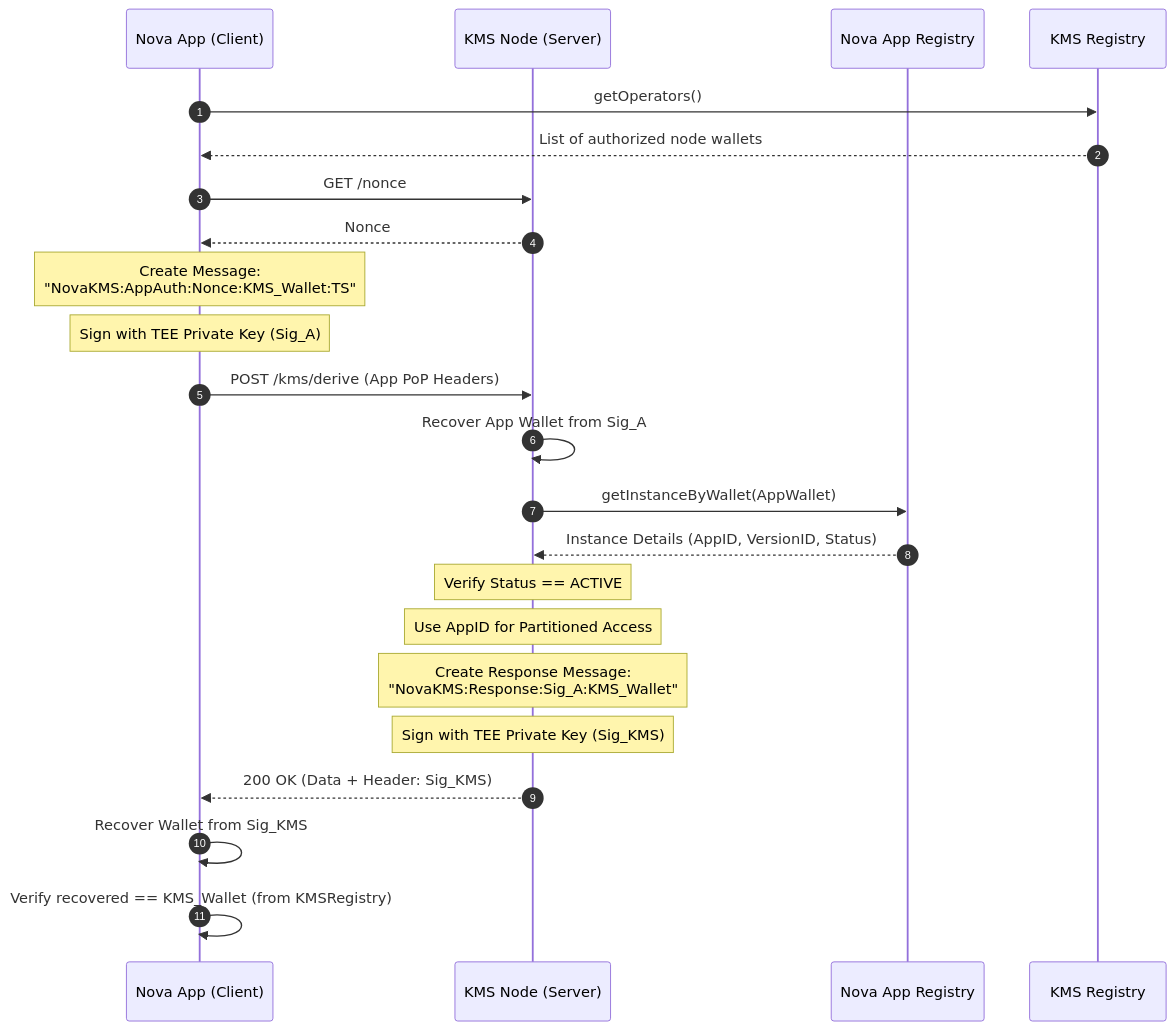
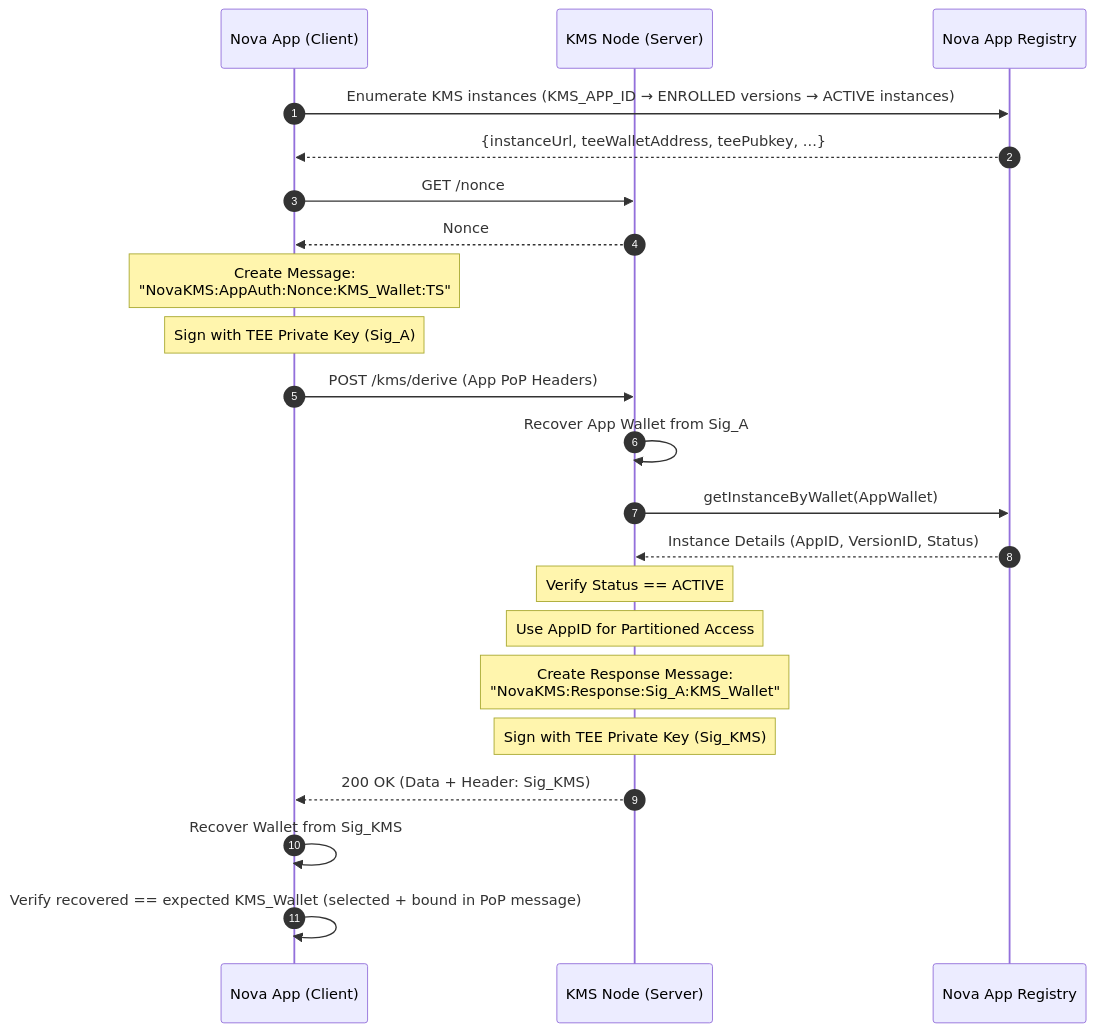
One commit to sparsity-xyz/nova-kms changed the fifth of 5 diagrams in docs/kms-core-workflows.md. Above: the diagram before and after it, drawn with Mermaid. The commit also changed other lines of this file and 12 other files, not shown here.

````diff
--- a/docs/kms-core-workflows.md
+++ b/docs/kms-core-workflows.md
@@ -276,34 +284,33 @@
 ```mermaid
 sequenceDiagram
     autonumber
     participant App as Nova App (Client)
     participant KMS as KMS Node (Server)
     participant AppReg as Nova App Registry
-    participant KMSReg as KMS Registry
 
-    App->>KMSReg: getOperators()
-    KMSReg-->>App: List of authorized node wallets
+    App->>AppReg: Enumerate KMS instances (KMS_APP_ID → ENROLLED versions → ACTIVE instances)
+    AppReg-->>App: {instanceUrl, teeWalletAddress, teePubkey, ...}
     
     App->>KMS: GET /nonce
     KMS-->>App: Nonce
     
     Note over App: Create Message:<br/>"NovaKMS:AppAuth:Nonce:KMS_Wallet:TS"
     Note over App: Sign with TEE Private Key (Sig_A)
     
     App->>KMS: POST /kms/derive (App PoP Headers)
     
     KMS->>KMS: Recover App Wallet from Sig_A
     KMS->>AppReg: getInstanceByWallet(AppWallet)
     AppReg-->>KMS: Instance Details (AppID, VersionID, Status)
     
     Note over KMS: Verify Status == ACTIVE
     Note over KMS: Use AppID for Partitioned Access
     
     Note over KMS: Create Response Message:<br/>"NovaKMS:Response:Sig_A:KMS_Wallet"
     Note over KMS: Sign with TEE Private Key (Sig_KMS)
 
     KMS-->>App: 200 OK (Data + Header: Sig_KMS)
     
     App->>App: Recover Wallet from Sig_KMS
-    App->>App: Verify recovered == KMS_Wallet (from KMSRegistry)
+    App->>App: Verify recovered == expected KMS_Wallet (selected + bound in PoP message)
 ```
````
